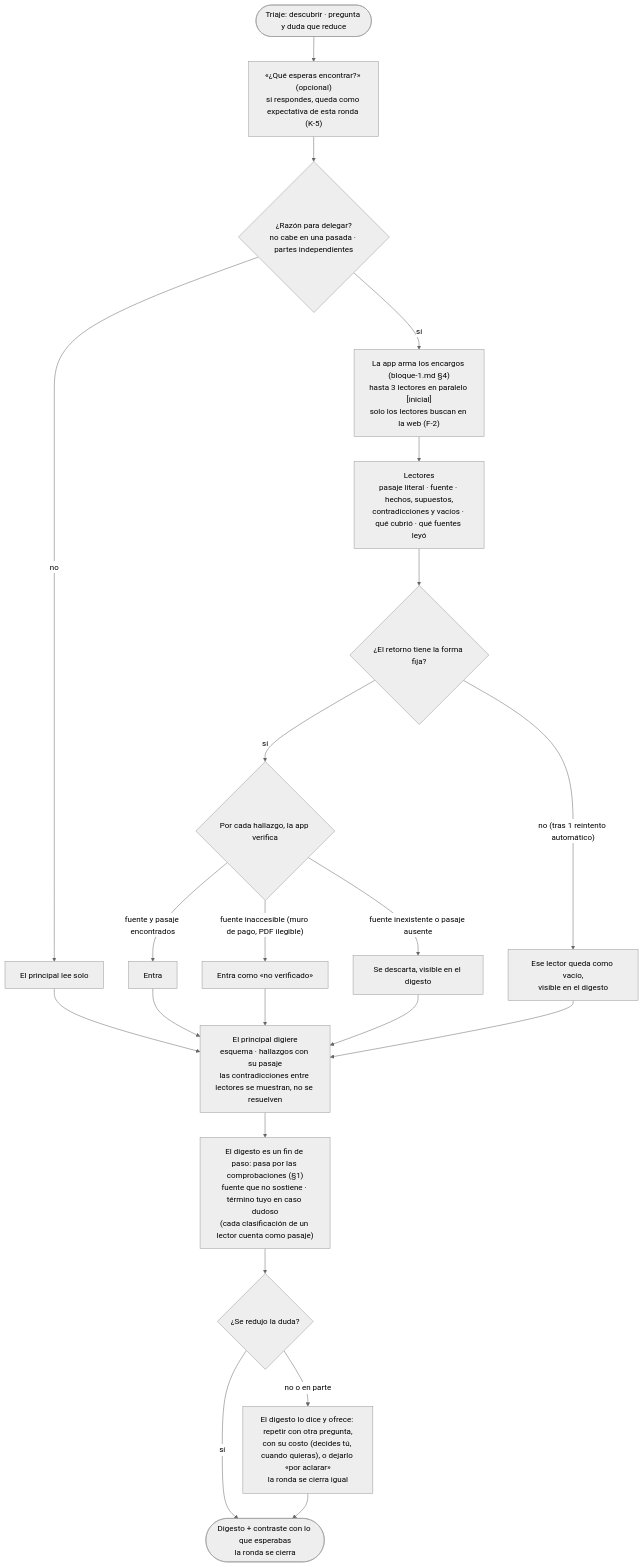
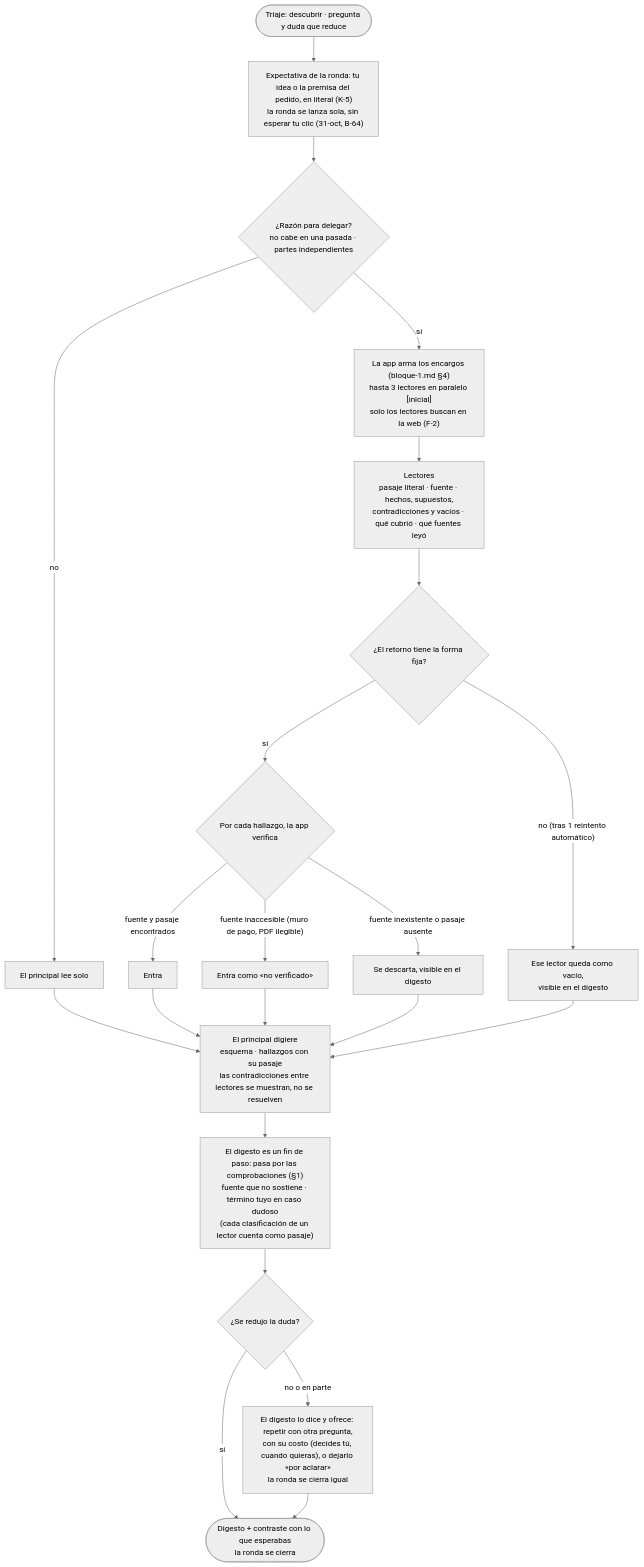
The second of 3 diagrams in docs/diseno/bloque-1/bloque-1-flujos.md (LaurenteEber/tupaqnin), drawn with Mermaid (neutral theme) before and after one commit. The commit also changed other lines of this file and 9 other files, not shown here.

````diff
--- a/docs/diseno/bloque-1/bloque-1-flujos.md
+++ b/docs/diseno/bloque-1/bloque-1-flujos.md
@@ -40,20 +40,20 @@
 ```mermaid
 flowchart TD
-  Q(["Triaje: descubrir · pregunta y duda que reduce"]) --> E["«¿Qué esperas encontrar?» (opcional)<br/>si respondes, queda como expectativa de esta ronda (K-5)"]
+  Q(["Triaje: descubrir · pregunta y duda que reduce"]) --> E["Expectativa de la ronda: tu idea o la premisa del pedido, en literal (K-5)<br/>la ronda se lanza sola, sin esperar tu clic (31-oct, B-64)"]
   E --> RZ{"¿Razón para delegar?<br/>no cabe en una pasada · partes independientes"}
   RZ -- no --> SO["El principal lee solo"]
   RZ -- sí --> EN["La app arma los encargos (bloque-1.md §4)<br/>hasta 3 lectores en paralelo [inicial]<br/>solo los lectores buscan en la web (F-2)"]
   EN --> L["Lectores<br/>pasaje literal · fuente · hechos, supuestos,<br/>contradicciones y vacíos · qué cubrió · qué fuentes leyó"]
   L --> FO{"¿El retorno tiene la forma fija?"}
   FO -- "no (tras 1 reintento automático)" --> VAC["Ese lector queda como vacío,<br/>visible en el digesto"]
   FO -- sí --> HA{"Por cada hallazgo, la app verifica"}
   HA -- "fuente y pasaje encontrados" --> IN["Entra"]
   HA -- "fuente inaccesible (muro de pago, PDF ilegible)" --> NV["Entra como «no verificado»"]
   HA -- "fuente inexistente o pasaje ausente" --> DES["Se descarta, visible en el digesto"]
   SO & IN & NV & DES & VAC --> DG["El principal digiere<br/>esquema · hallazgos con su pasaje<br/>las contradicciones entre lectores se muestran, no se resuelven"]
   DG --> FD["El digesto es un fin de paso: pasa por las comprobaciones (§1)<br/>fuente que no sostiene · término tuyo en caso dudoso<br/>(cada clasificación de un lector cuenta como pasaje)"]
   FD --> CI{"¿Se redujo la duda?"}
   CI -- sí --> FIN(["Digesto + contraste con lo que esperabas<br/>la ronda se cierra"])
   CI -- "no o en parte" --> OP["El digesto lo dice y ofrece: repetir con otra pregunta,<br/>con su costo (decides tú, cuando quieras), o dejarlo «por aclarar»<br/>la ronda se cierra igual"]
   OP --> FIN
 ```
````
